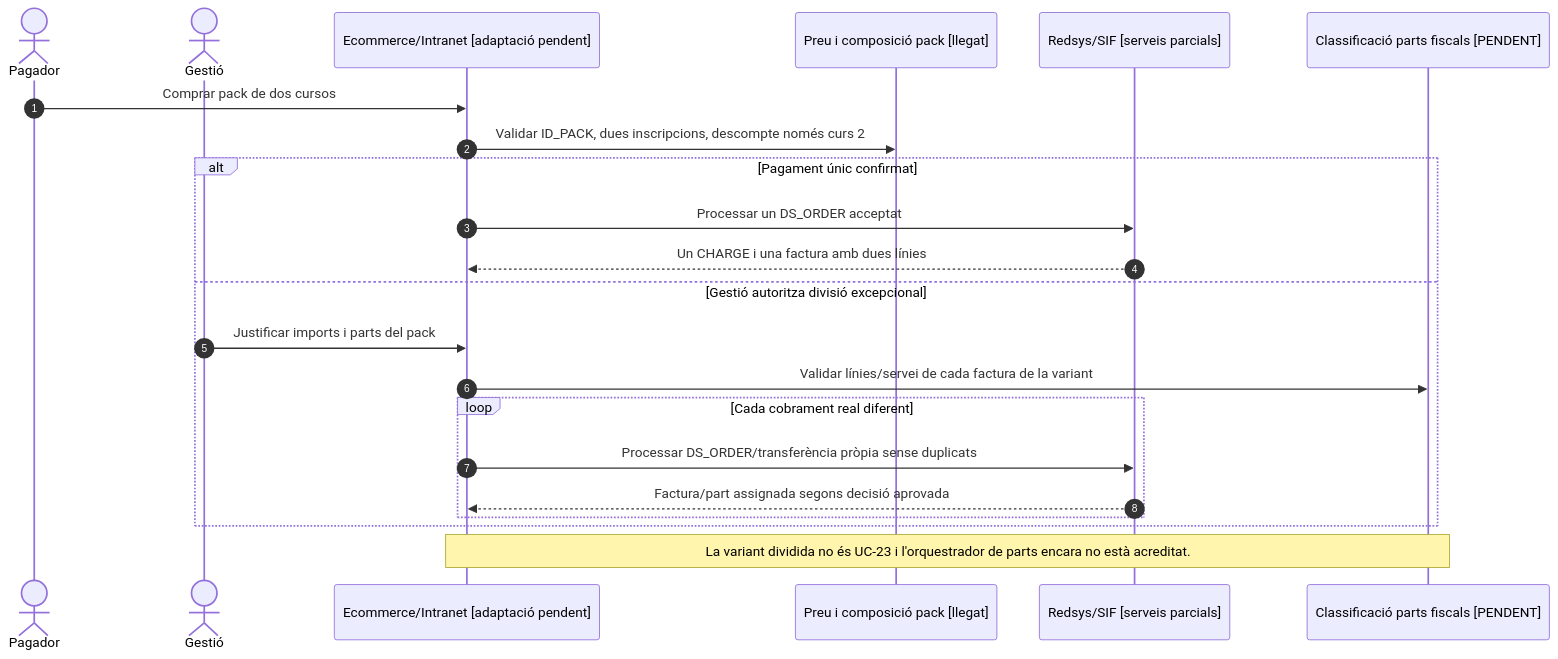
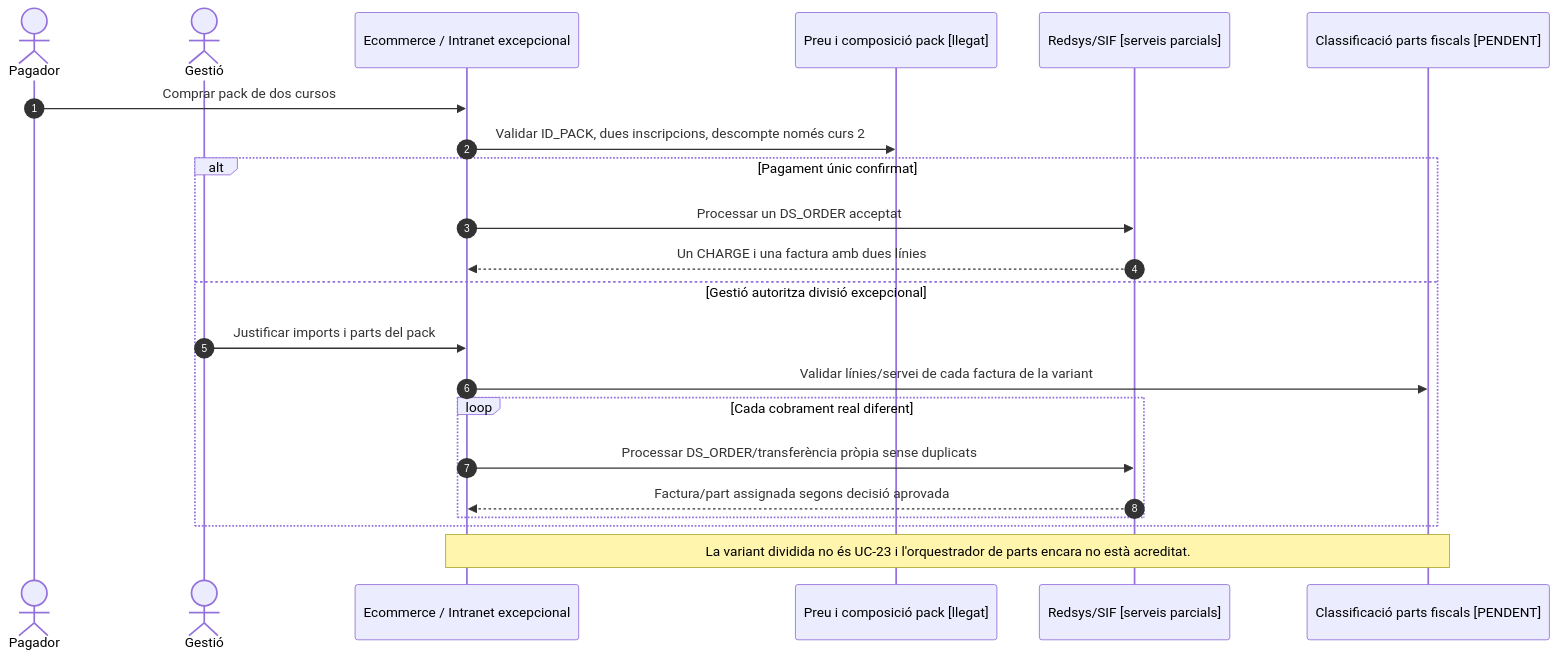
The fifth of 5 diagrams in documentacio/07-uml-integrat/uc-015-comprar-pack.md (orgmeriemprismacat-del/verifactu), drawn with Mermaid before and after one commit. The commit also changed other lines of this file, not shown here.

Commit message:
docs(UC-015): alinear UML integrat amb worker, sync i privacitat reals

````diff
--- a/documentacio/07-uml-integrat/uc-015-comprar-pack.md
+++ b/documentacio/07-uml-integrat/uc-015-comprar-pack.md
@@ -238,24 +264,24 @@
 ```mermaid
 sequenceDiagram
 autonumber
 actor P as Pagador
 actor O as Gestió
-participant UI as Ecommerce/Intranet [adaptació pendent]
+participant UI as Ecommerce / Intranet excepcional
 participant Price as Preu i composició pack [llegat]
 participant Pay as Redsys/SIF [serveis parcials]
 participant Fiscal as Classificació parts fiscals [PENDENT]
 P->>UI: Comprar pack de dos cursos
 UI->>Price: Validar ID_PACK, dues inscripcions, descompte només curs 2
 alt Pagament únic confirmat
  UI->>Pay: Processar un DS_ORDER acceptat
  Pay-->>UI: Un CHARGE i una factura amb dues línies
 else Gestió autoritza divisió excepcional
  O->>UI: Justificar imports i parts del pack
  UI->>Fiscal: Validar línies/servei de cada factura de la variant
  loop Cada cobrament real diferent
   UI->>Pay: Processar DS_ORDER/transferència pròpia sense duplicats
   Pay-->>UI: Factura/part assignada segons decisió aprovada
  end
 end
 Note over UI,Fiscal: La variant dividida no és UC-23 i l'orquestrador de parts encara no està acreditat.
 ```
````
